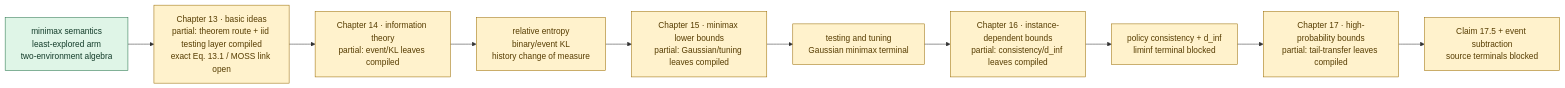
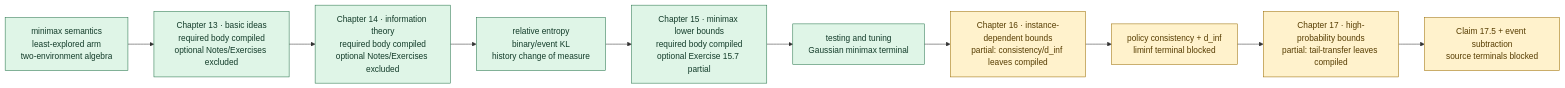
Before and after one commit to DakeBU/Auto-Bandit-RL-Proof-In-Sleep: the diagram in website/diagrams/part-iv-lower-bounds.mmd, drawn with Mermaid. The commit also changed 1 other file, not shown here.

Commit message:
Synchronize Part IV diagram with accepted required-body scopes

```diff
--- a/website/diagrams/part-iv-lower-bounds.mmd
+++ b/website/diagrams/part-iv-lower-bounds.mmd
@@ -1,27 +1,27 @@
 flowchart LR
-  C13["Chapter 13 · basic ideas<br/>partial: theorem route + iid testing layer compiled<br/>exact Eq. 13.1 / MOSS link open"]
-  C14["Chapter 14 · information theory<br/>partial: event/KL leaves compiled"]
-  C15["Chapter 15 · minimax lower bounds<br/>partial: Gaussian/tuning leaves compiled"]
+  C13["Chapter 13 · basic ideas<br/>required body compiled<br/>optional Notes/Exercises excluded"]
+  C14["Chapter 14 · information theory<br/>required body compiled<br/>optional Notes/Exercises excluded"]
+  C15["Chapter 15 · minimax lower bounds<br/>required body compiled<br/>optional Exercise 15.7 partial"]
   C16["Chapter 16 · instance-dependent bounds<br/>partial: consistency/d_inf leaves compiled"]
   C17["Chapter 17 · high-probability bounds<br/>partial: tail-transfer leaves compiled"]
   L13["minimax semantics<br/>least-explored arm<br/>two-environment algebra"]
   KL["relative entropy<br/>binary/event KL<br/>history change of measure"]
   MM["testing and tuning<br/>Gaussian minimax terminal"]
   ASY["policy consistency + d_inf<br/>liminf terminal blocked"]
   HP["Claim 17.5 + event subtraction<br/>source terminals blocked"]
 
   L13 --> C13
   C13 --> C14
   C14 --> KL
   KL --> C15
   C15 --> MM
   MM --> C16
   C16 --> ASY
   ASY --> C17
   C17 --> HP
 
   classDef compiled fill:#dff5e7,stroke:#247249,color:#123b29
   classDef partial fill:#fff2cc,stroke:#9a6b00,color:#563c00
   classDef planned fill:#eef2f7,stroke:#64748b,color:#334155
-  class L13 compiled
-  class C13,C14,C15,C16,C17,KL,MM,ASY,HP partial
+  class L13,C13,C14,C15,KL,MM compiled
+  class C16,C17,ASY,HP partial
```
